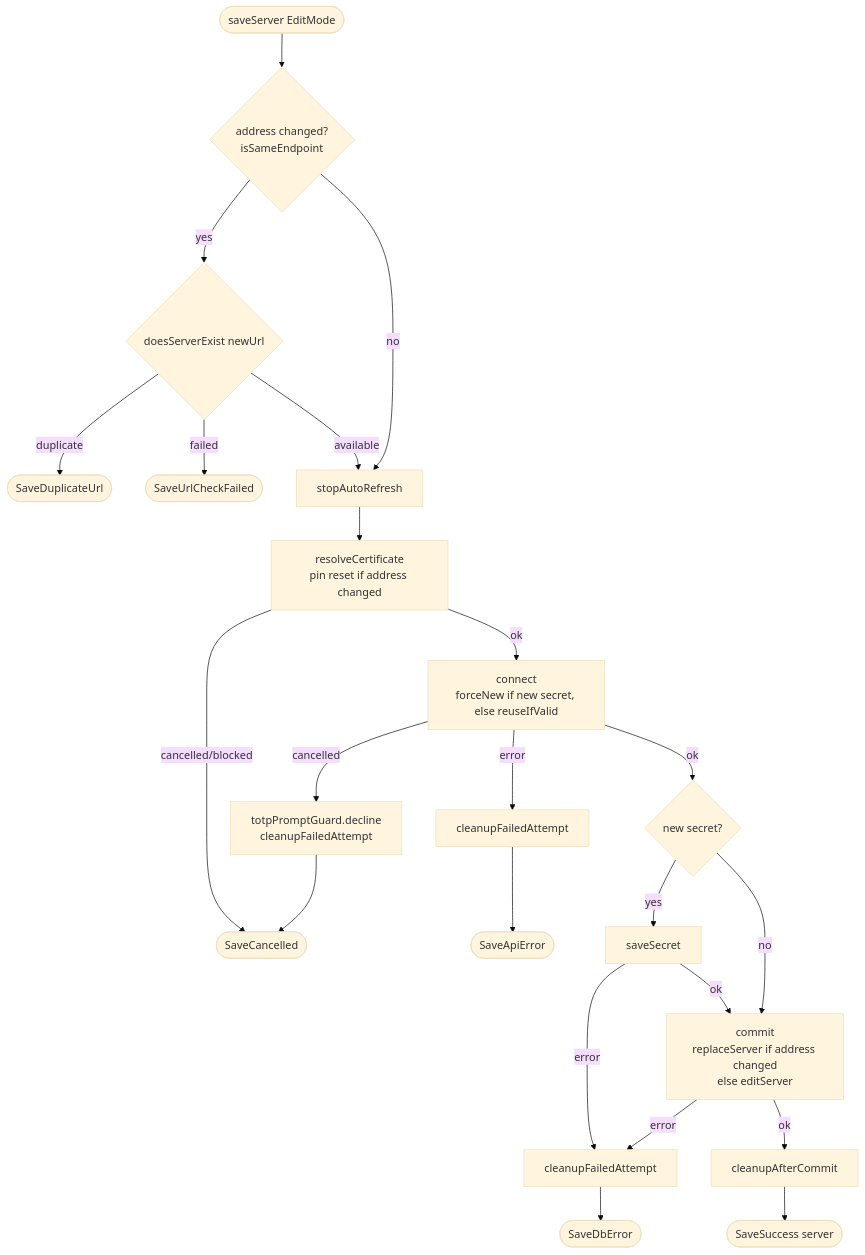
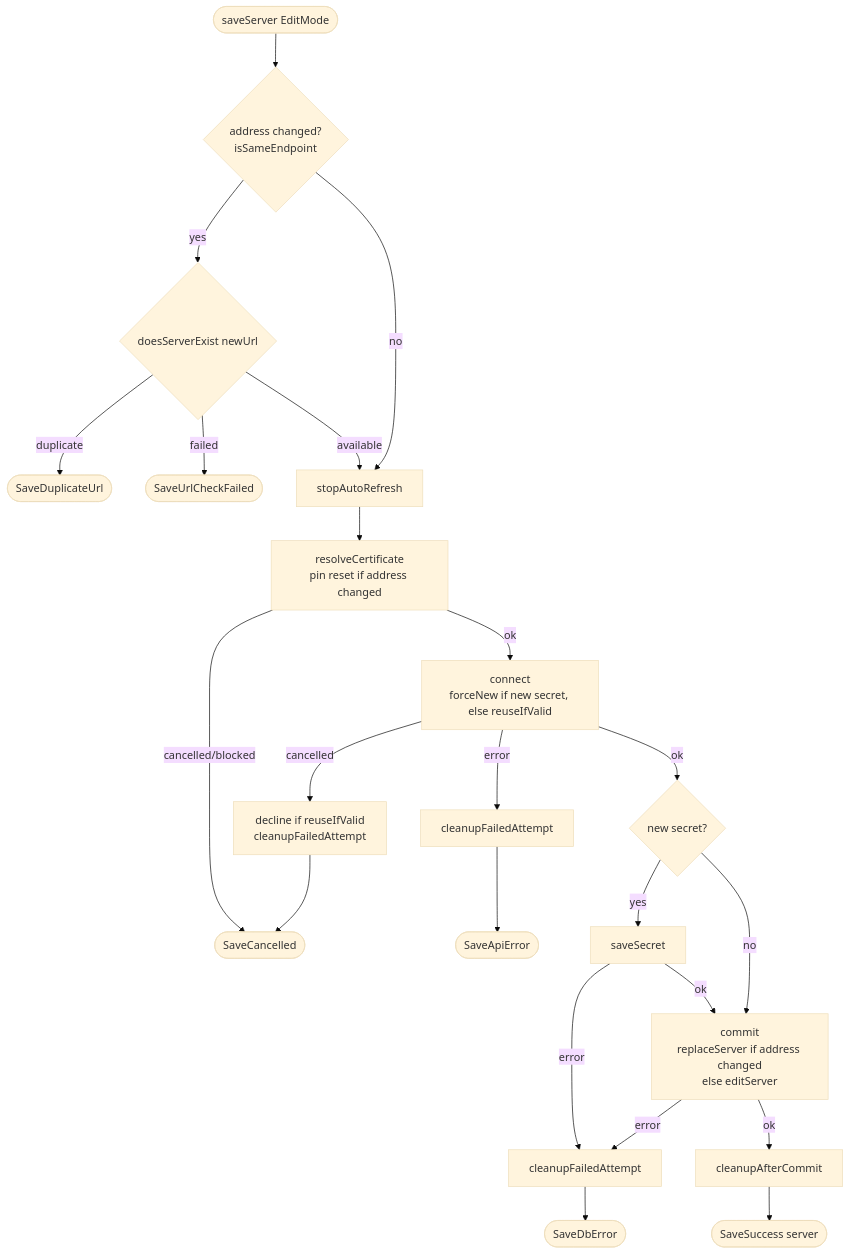
Before and after one commit to tsutsu3/pi-hole-client: the third of 8 diagrams in docs/server-connection-flow.md, drawn with Mermaid (base theme). The commit also changed other lines of this file, not shown here.

Commit message:
refactor(docs): improve clarity and structure of server connection flow documentation

````diff
--- a/docs/server-connection-flow.md
+++ b/docs/server-connection-flow.md
@@ -99,22 +83,22 @@
 ```mermaid
 flowchart TD
   A([saveServer EditMode]) --> B{address changed?<br/>isSameEndpoint}
   B -- yes --> C{doesServerExist newUrl}
   C -- duplicate --> CD([SaveDuplicateUrl])
   C -- failed --> CF([SaveUrlCheckFailed])
   C -- available --> E[stopAutoRefresh]
   B -- no --> E
   E --> F[resolveCertificate<br/>pin reset if address changed]
   F -- cancelled/blocked --> H([SaveCancelled])
   F -- ok --> J[connect<br/>forceNew if new secret, else reuseIfValid]
-  J -- cancelled --> JC[totpPromptGuard.decline<br/>cleanupFailedAttempt] --> H
+  J -- cancelled --> JC[decline if reuseIfValid<br/>cleanupFailedAttempt] --> H
   J -- error --> JE[cleanupFailedAttempt] --> JA([SaveApiError])
   J -- ok --> K{new secret?}
   K -- yes --> S[saveSecret]
   K -- no --> R
   S -- error --> X[cleanupFailedAttempt] --> T([SaveDbError])
   S -- ok --> R[commit<br/>replaceServer if address changed<br/>else editServer]
   R -- error --> X
   R -- ok --> U[cleanupAfterCommit]
   U --> W([SaveSuccess server])
 ```
````
